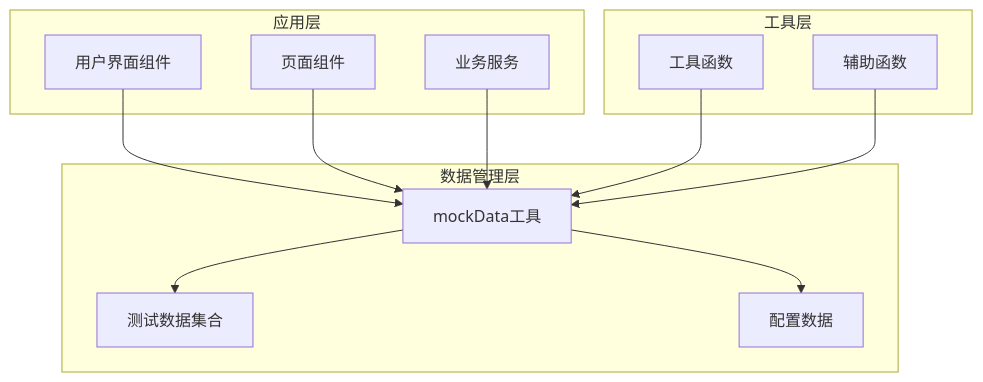
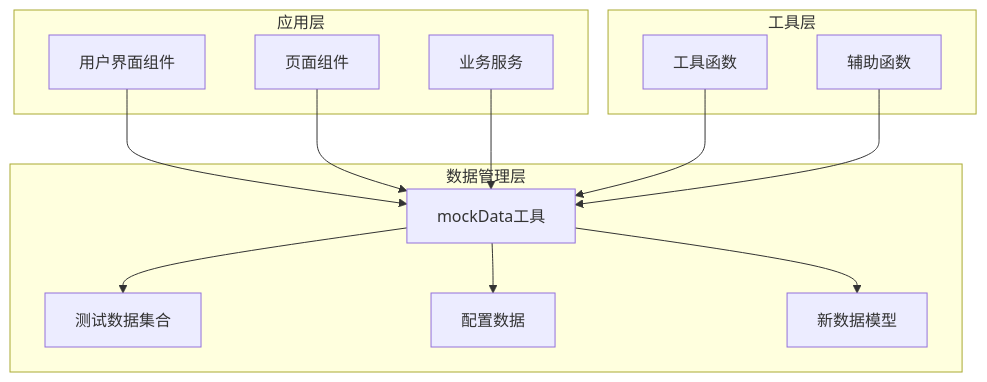
One commit to chinak/permission_apply changed the first of 10 diagrams in .qoder/repowiki/zh/content/状态管理系统/Mock数据管理.md. Above: the diagram before and after it, drawn with Mermaid. The commit also changed other lines of this file and 43 other files, not shown here.

````diff
--- a/.qoder/repowiki/zh/content/状态管理系统/Mock数据管理.md
+++ b/.qoder/repowiki/zh/content/状态管理系统/Mock数据管理.md
@@ -39,24 +48,26 @@
 ```mermaid
 graph TB
 subgraph "应用层"
 UI[用户界面组件]
 Pages[页面组件]
 Services[业务服务]
 end
 subgraph "数据管理层"
 MockData[mockData工具]
 TestData[测试数据集合]
 Config[配置数据]
+NewModels[新数据模型]
 end
 subgraph "工具层"
 Utils[工具函数]
 Helpers[辅助函数]
 end
 UI --> MockData
 Pages --> MockData
 Services --> MockData
 MockData --> TestData
 MockData --> Config
+MockData --> NewModels
 Utils --> MockData
 Helpers --> MockData
 ```
````
